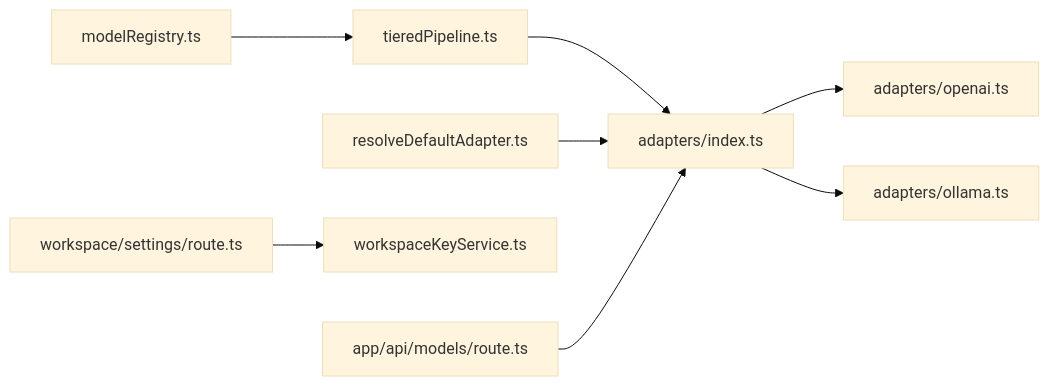
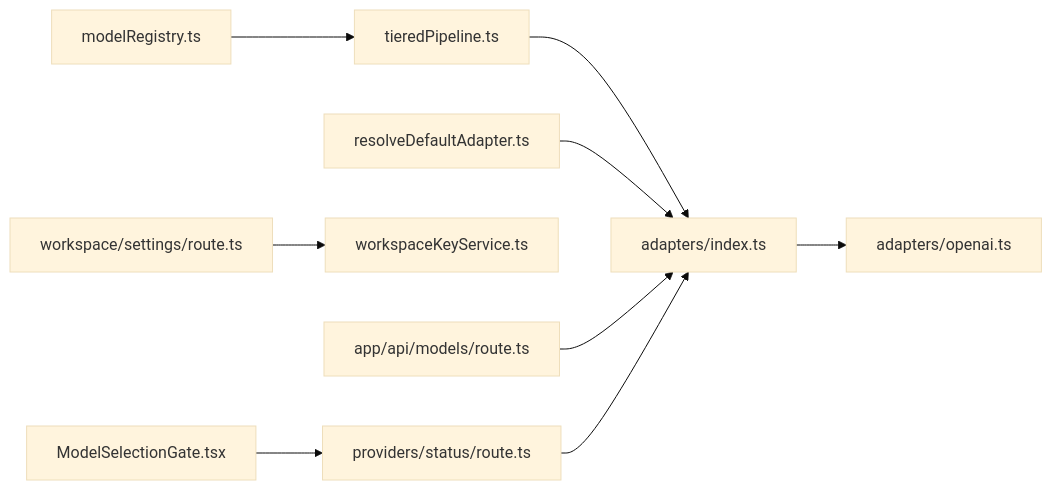
One commit to shekhargiri005-dotcom/AI-powered-accessibility-first-UI-engine changed the ninth of 9 diagrams in .qoder/repowiki/en/content/AI Generation Engine/Core Generation Pipeline/Model Resolution & Configuration.md. Above: the diagram before and after it, drawn with Mermaid (base theme). The commit also changed other lines of this file and 7 other files, not shown here.

````diff
--- a/.qoder/repowiki/en/content/AI Generation Engine/Core Generation Pipeline/Model Resolution & Configuration.md
+++ b/.qoder/repowiki/en/content/AI Generation Engine/Core Generation Pipeline/Model Resolution & Configuration.md
@@ -343,10 +445,11 @@
 ```mermaid
 graph LR
 MR["modelRegistry.ts"] --> TP["tieredPipeline.ts"]
 TP --> IDX["adapters/index.ts"]
 IDX --> OA["adapters/openai.ts"]
-IDX --> OL["adapters/ollama.ts"]
 RD["resolveDefaultAdapter.ts"] --> IDX
 WSR["workspace/settings/route.ts"] --> WKS["workspaceKeyService.ts"]
 MODELS["app/api/models/route.ts"] --> IDX
+MSG["ModelSelectionGate.tsx"] --> PS["providers/status/route.ts"]
+PS --> IDX
 ```
````
